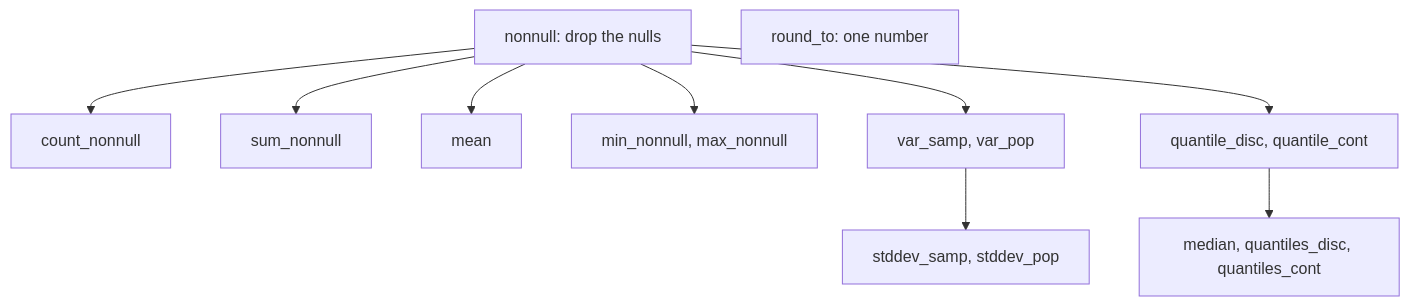
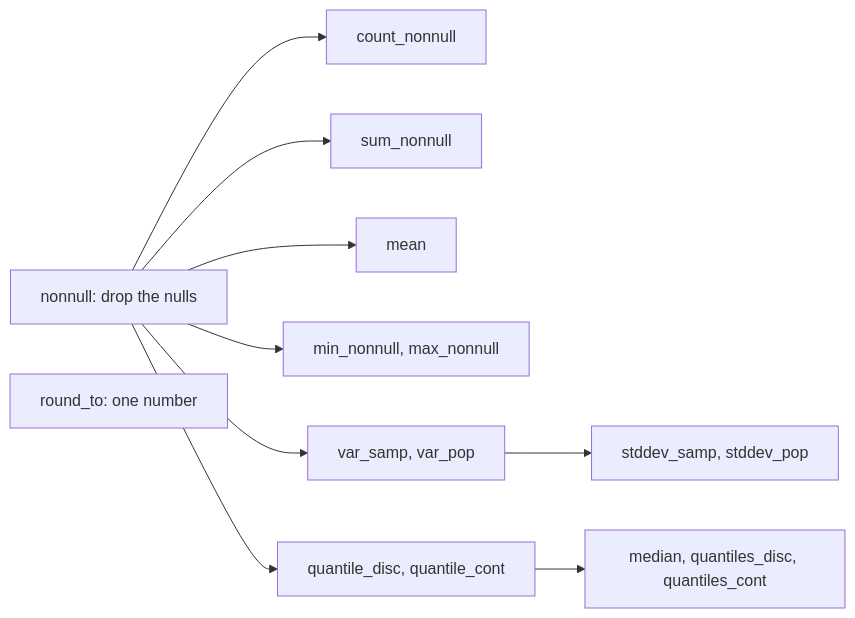
The diagram in docs/readout/05-math.md (kundeng/jq-analytics), drawn with Mermaid before and after one commit. The commit also changed 10 other files, not shown here.

First line of the commit message:
jq-analytics 0.9.4: four read-out diagrams turned left to right

````diff
--- a/docs/readout/05-math.md
+++ b/docs/readout/05-math.md
@@ -7,7 +7,7 @@
 ```mermaid
-flowchart TD
+flowchart LR
   N[nonnull: drop the nulls] --> C[count_nonnull] & S[sum_nonnull] & M[mean] & MM[min_nonnull, max_nonnull]
   N --> V[var_samp, var_pop] --> SD[stddev_samp, stddev_pop]
   N --> Q[quantile_disc, quantile_cont] --> QQ[median, quantiles_disc, quantiles_cont]
   R[round_to: one number]
 ```
````
